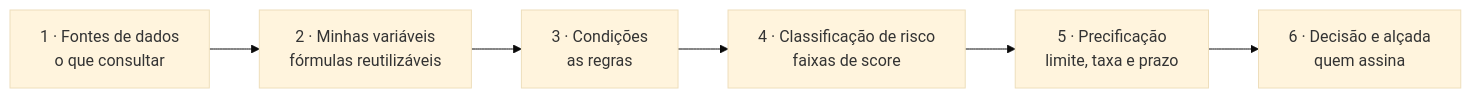
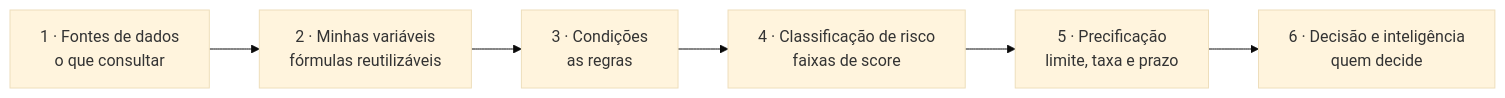
Before and after one commit to gyramais/gyra-mintlify-api-docs: the diagram in concepts/politica-de-credito.mdx, drawn with Mermaid (base theme). The commit also changed other lines of this file and 136 other files, not shown here.

````diff
--- a/concepts/politica-de-credito.mdx
+++ b/concepts/politica-de-credito.mdx
@@ -32,8 +49,8 @@
 ```mermaid
 flowchart LR
   A["1 · Fontes de dados<br/>o que consultar"] --> B["2 · Minhas variáveis<br/>fórmulas reutilizáveis"]
   B --> C["3 · Condições<br/>as regras"]
   C --> D["4 · Classificação de risco<br/>faixas de score"]
   D --> E["5 · Precificação<br/>limite, taxa e prazo"]
-  E --> F["6 · Decisão e alçada<br/>quem assina"]
+  E --> F["6 · Decisão e inteligência<br/>quem decide"]
 ```
````
